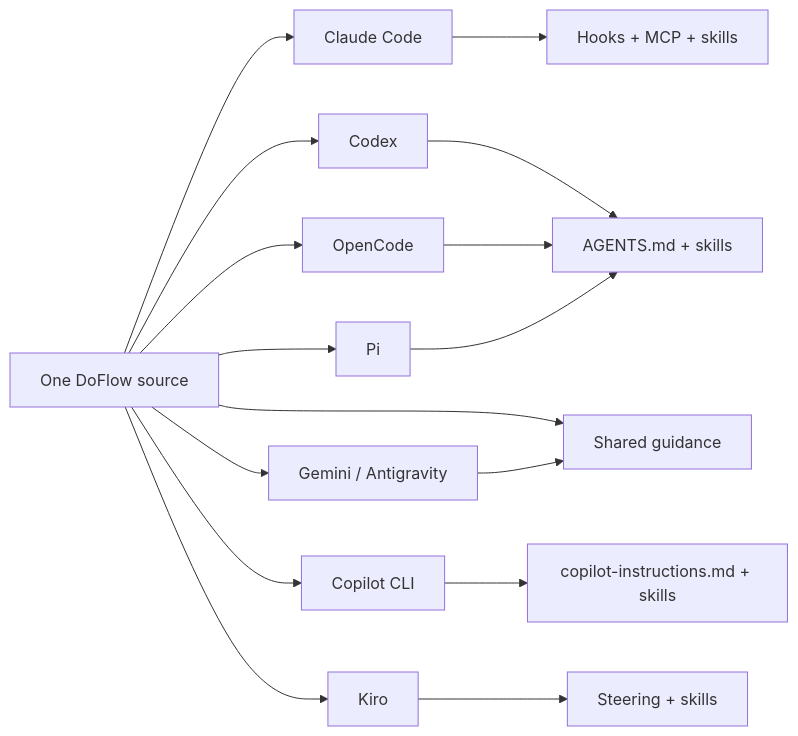
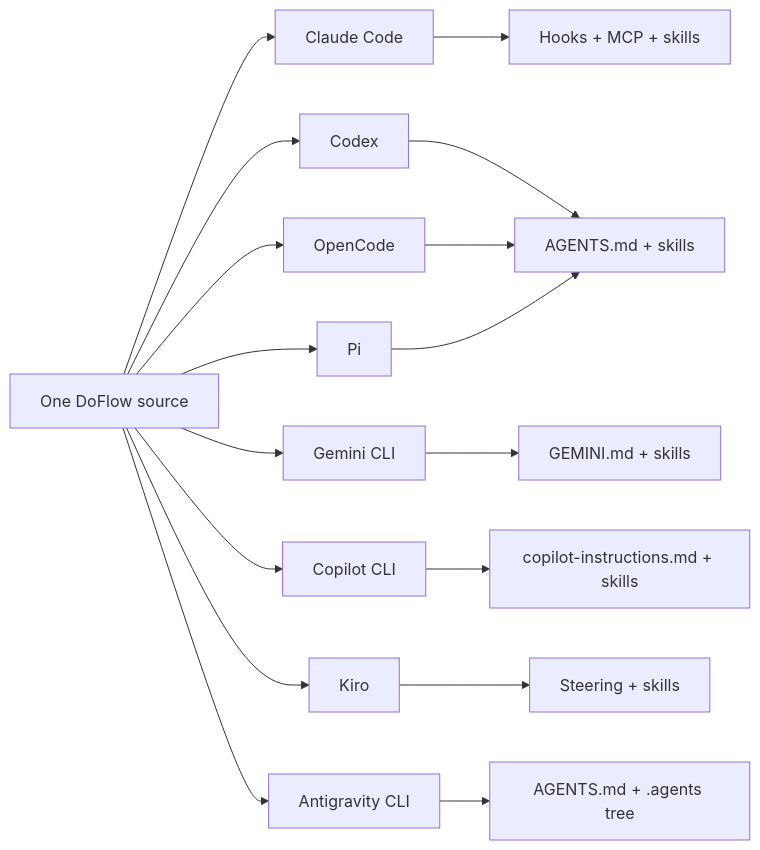
Before and after one commit to khoavu882/do-flow: the first of 2 diagrams in README.md, drawn with Mermaid. The commit also changed other lines of this file and 10 other files, not shown here.

````diff
--- a/README.md
+++ b/README.md
@@ -7,18 +7,19 @@
 ```mermaid
 flowchart LR
     R[One DoFlow source] --> C[Claude Code]
     R --> X[Codex]
-    R --> G[Gemini / Antigravity]
+    R --> G[Gemini CLI]
     R --> O[OpenCode]
     R --> P[Pi]
     R --> CP[Copilot CLI]
     R --> K[Kiro]
     R --> A[Antigravity CLI]
     C --> H[Hooks + MCP + skills]
     X --> S[AGENTS.md + skills]
-    G --> A[Shared guidance]
+    G --> GM[GEMINI.md + skills]
+    A --> AG[AGENTS.md + .agents tree]
     O --> S
     P --> S
     CP --> CI[copilot-instructions.md + skills]
     K --> ST[Steering + skills]
 ```
````
